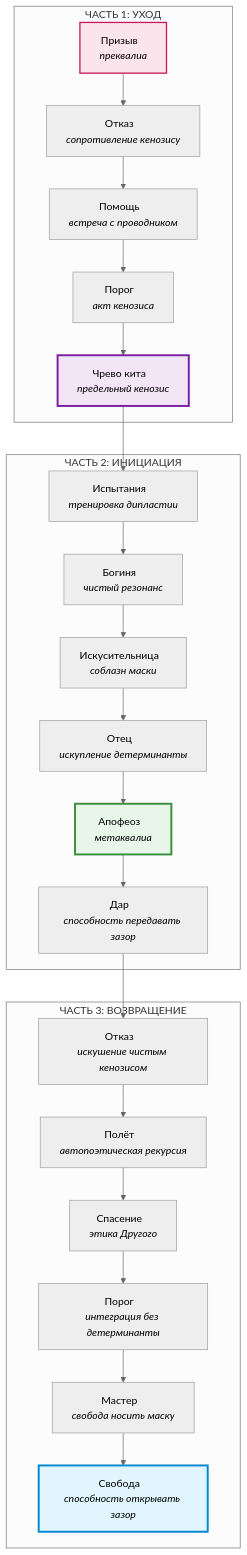
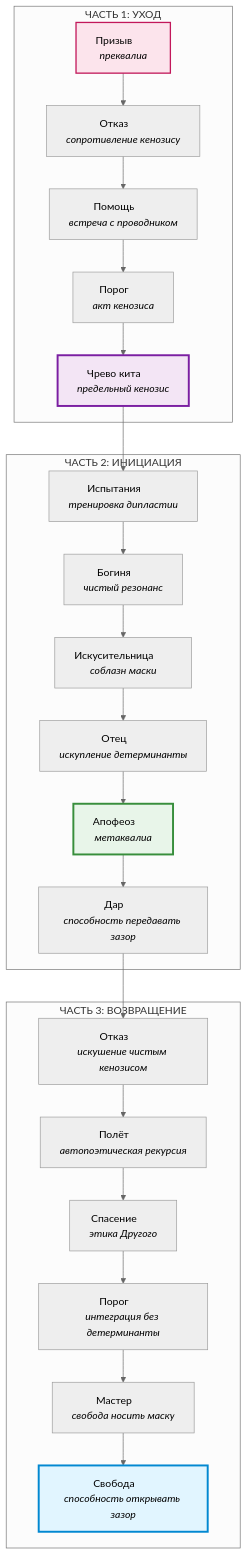
The diagram in book/32-part4-04-monomyth.md (dididew74-a11y/Zazor-book), drawn with Mermaid (neutral theme) before and after one commit.

````diff
--- a/book/32-part4-04-monomyth.md
+++ b/book/32-part4-04-monomyth.md
@@ -7,38 +7,38 @@
 ```mermaid
 %%{init: { 'flowchart': { 'nodeSpacing': 80, 'rankSpacing': 50, 'padding': 15 } } }%%
 graph TB
     subgraph "ЧАСТЬ 1: УХОД"
-        A1[Призыв&nbsp;&nbsp;&nbsp;<br/><i>преквалиа</i>]
-        A2[Отказ&nbsp;&nbsp;&nbsp;<br/><i>сопротивление кенозису</i>]
-        A3[Помощь&nbsp;&nbsp;&nbsp;<br/><i>встреча с проводником</i>]
-        A4[Порог&nbsp;&nbsp;&nbsp;<br/><i>акт кенозиса</i>]
-        A5[Чрево кита&nbsp;&nbsp;&nbsp;<br/><i>предельный кенозис</i>]
+        A1[Призыв&nbsp;&nbsp;&nbsp&nbsp;&nbsp;&nbsp;&nbsp;<br/><i>преквалиа</i>]
+        A2[Отказ&nbsp;&nbsp;&nbsp;&nbsp;&nbsp;&nbsp;&nbsp;<br/><i>сопротивление кенозису</i>]
+        A3[Помощь&nbsp;&nbsp;&nbsp;&nbsp;&nbsp;&nbsp;&nbsp;<br/><i>встреча с проводником</i>]
+        A4[Порог&nbsp;&nbsp;&nbsp;&nbsp;&nbsp;&nbsp;&nbsp;<br/><i>акт кенозиса</i>]
+        A5[Чрево кита&nbsp;&nbsp;&nbsp;&nbsp;&nbsp;&nbsp;&nbsp;<br/><i>предельный кенозис</i>]
     end
     
     subgraph "ЧАСТЬ 2: ИНИЦИАЦИЯ"
-        B1[Испытания&nbsp;&nbsp;&nbsp;<br/><i>тренировка дипластии</i>]
-        B2[Богиня&nbsp;&nbsp;&nbsp;<br/><i>чистый резонанс</i>]
-        B3[Искусительница&nbsp;&nbsp;&nbsp;<br/><i>соблазн маски</i>]
-        B4[Отец&nbsp;&nbsp;&nbsp;<br/><i>искупление детерминанты</i>]
-        B5[Апофеоз&nbsp;&nbsp;&nbsp;<br/><i>метаквалиа</i>]
-        B6[Дар&nbsp;&nbsp;&nbsp;<br/><i>способность передавать зазор</i>]
+        B1[Испытания&nbsp;&nbsp;&nbsp;&nbsp;&nbsp;&nbsp;&nbsp;<br/><i>тренировка дипластии</i>]
+        B2[Богиня&nbsp;&nbsp;&nbsp;&nbsp;&nbsp;&nbsp;&nbsp;<br/><i>чистый резонанс</i>]
+        B3[Искусительница&nbsp;&nbsp;&nbsp;&nbsp;&nbsp;&nbsp;&nbsp;<br/><i>соблазн маски</i>]
+        B4[Отец&nbsp;&nbsp;&nbsp;&nbsp;&nbsp;&nbsp;&nbsp;<br/><i>искупление детерминанты</i>]
+        B5[Апофеоз&nbsp;&nbsp;&nbsp;&nbsp;&nbsp;&nbsp;&nbsp;<br/><i>метаквалиа</i>]
+        B6[Дар&nbsp;&nbsp;&nbsp;&nbsp;&nbsp;&nbsp;&nbsp;<br/><i>способность передавать зазор</i>]
     end
     
     subgraph "ЧАСТЬ 3: ВОЗВРАЩЕНИЕ"
-        C1[Отказ&nbsp;&nbsp;&nbsp;<br/><i>искушение чистым кенозисом</i>]
-        C2[Полёт&nbsp;&nbsp;&nbsp;<br/><i>автопоэтическая рекурсия</i>]
-        C3[Спасение&nbsp;&nbsp;&nbsp;<br/><i>этика Другого</i>]
-        C4[Порог&nbsp;&nbsp;&nbsp;<br/><i>интеграция без детерминанты</i>]
-        C5[Мастер&nbsp;&nbsp;&nbsp;<br/><i>свобода носить маску</i>]
-        C6[Свобода&nbsp;&nbsp;&nbsp;<br/><i>способность открывать зазор</i>]
+        C1[Отказ&nbsp;&nbsp;&nbsp;&nbsp;&nbsp;&nbsp;&nbsp;<br/><i>искушение чистым кенозисом</i>]
+        C2[Полёт&nbsp;&nbsp;&nbsp;&nbsp;&nbsp;&nbsp;&nbsp;<br/><i>автопоэтическая рекурсия</i>]
+        C3[Спасение&nbsp;&nbsp;&nbsp;&nbsp;&nbsp;&nbsp;&nbsp;<br/><i>этика Другого</i>]
+        C4[Порог&nbsp;&nbsp;&nbsp;&nbsp;&nbsp;&nbsp;&nbsp;<br/><i>интеграция без детерминанты</i>]
+        C5[Мастер&nbsp;&nbsp;&nbsp;&nbsp;&nbsp;&nbsp;&nbsp;<br/><i>свобода носить маску</i>]
+        C6[Свобода&nbsp;&nbsp;&nbsp;&nbsp;&nbsp;&nbsp;&nbsp;<br/><i>способность открывать зазор</i>]
     end
     
     A1 --> A2 --> A3 --> A4 --> A5
     A5 --> B1 --> B2 --> B3 --> B4 --> B5 --> B6
     B6 --> C1 --> C2 --> C3 --> C4 --> C5 --> C6
     
     style A1 fill:#fce4ec,stroke:#c2185b,stroke-width:2px
     style A5 fill:#f3e5f5,stroke:#7b1fa2,stroke-width:3px
     style B5 fill:#e8f5e9,stroke:#388e3c,stroke-width:3px
     style C6 fill:#e1f5ff,stroke:#0288d1,stroke-width:3px
 ```
````
